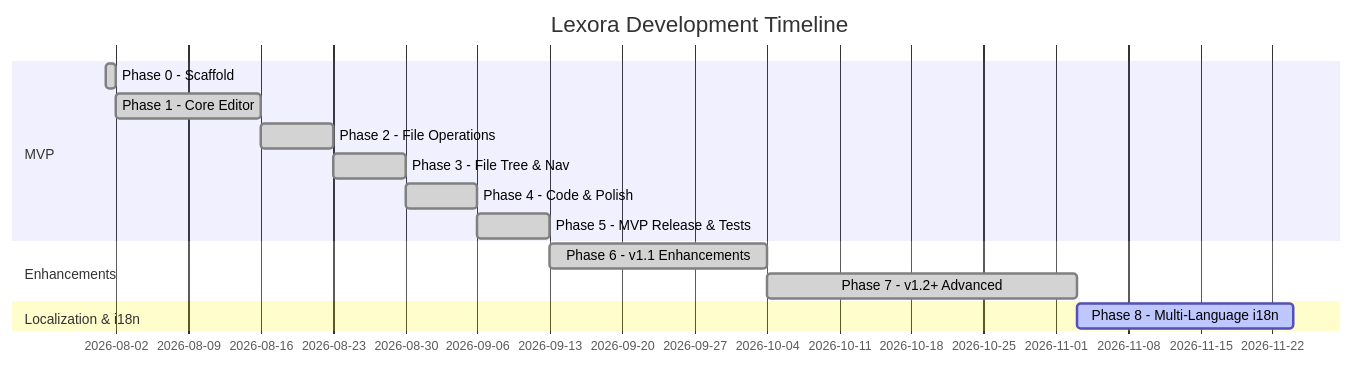
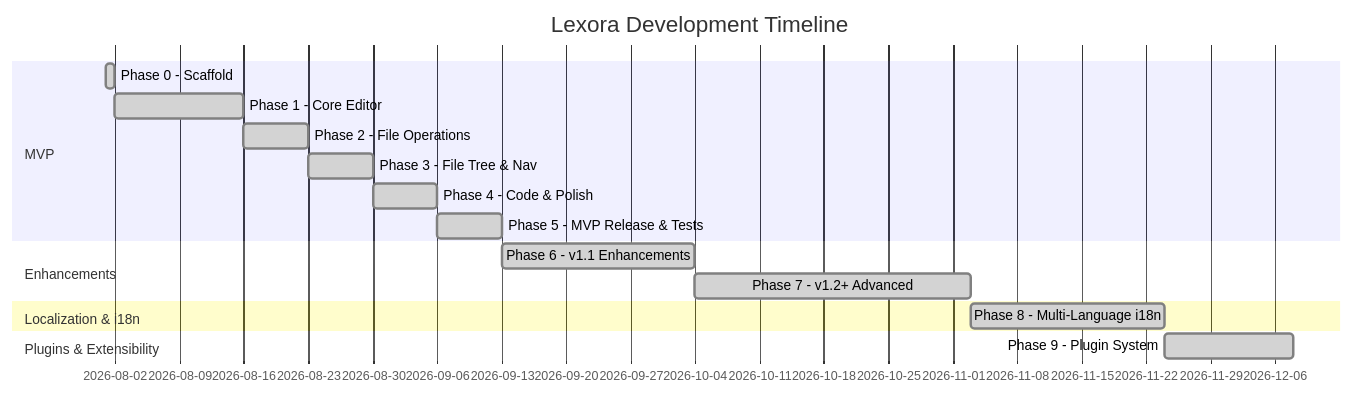
Before and after one commit to BerryUIKI/Lexora: the diagram in docs/ROADMAP.md, drawn with Mermaid. The commit also changed other lines of this file and 34 other files, not shown here.

Commit message:
feat(plugins): implement plugin runtime, marketplace discovery, and developer handbook

````diff
--- a/docs/ROADMAP.md
+++ b/docs/ROADMAP.md
@@ -9,17 +9,19 @@
 ```mermaid
 gantt
     title Lexora Development Timeline
     dateFormat  YYYY-MM-DD
     section MVP
     Phase 0 - Scaffold             :done, p0, 2026-08-01, 1d
     Phase 1 - Core Editor          :done, p1, after p0, 14d
     Phase 2 - File Operations      :done, p2, after p1, 7d
     Phase 3 - File Tree & Nav      :done, p3, after p2, 7d
     Phase 4 - Code & Polish        :done, p4, after p3, 7d
     Phase 5 - MVP Release & Tests  :done, p5, after p4, 7d
     section Enhancements
     Phase 6 - v1.1 Enhancements    :done, p6, after p5, 21d
     Phase 7 - v1.2+ Advanced       :done, p7, after p6, 30d
     section Localization & i18n
-    Phase 8 - Multi-Language i18n  :active, p8, after p7, 21d
+    Phase 8 - Multi-Language i18n  :done, p8, after p7, 21d
+    section Plugins & Extensibility
+    Phase 9 - Plugin System        :done, p9, after p8, 14d
 ```
````
